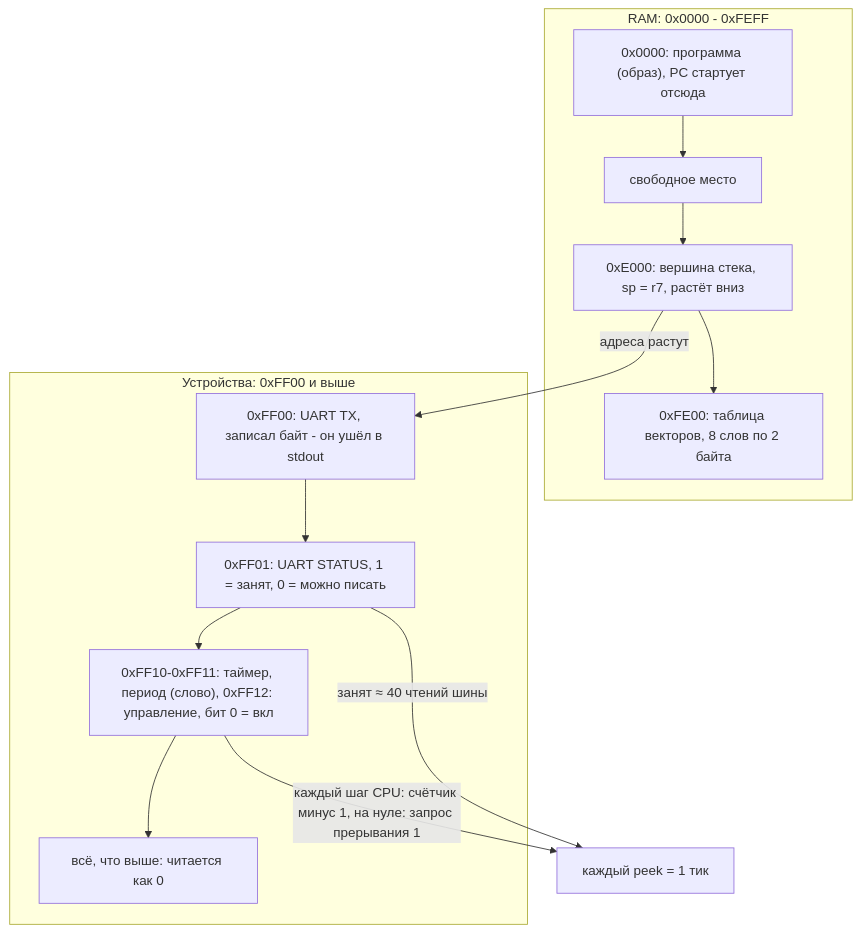
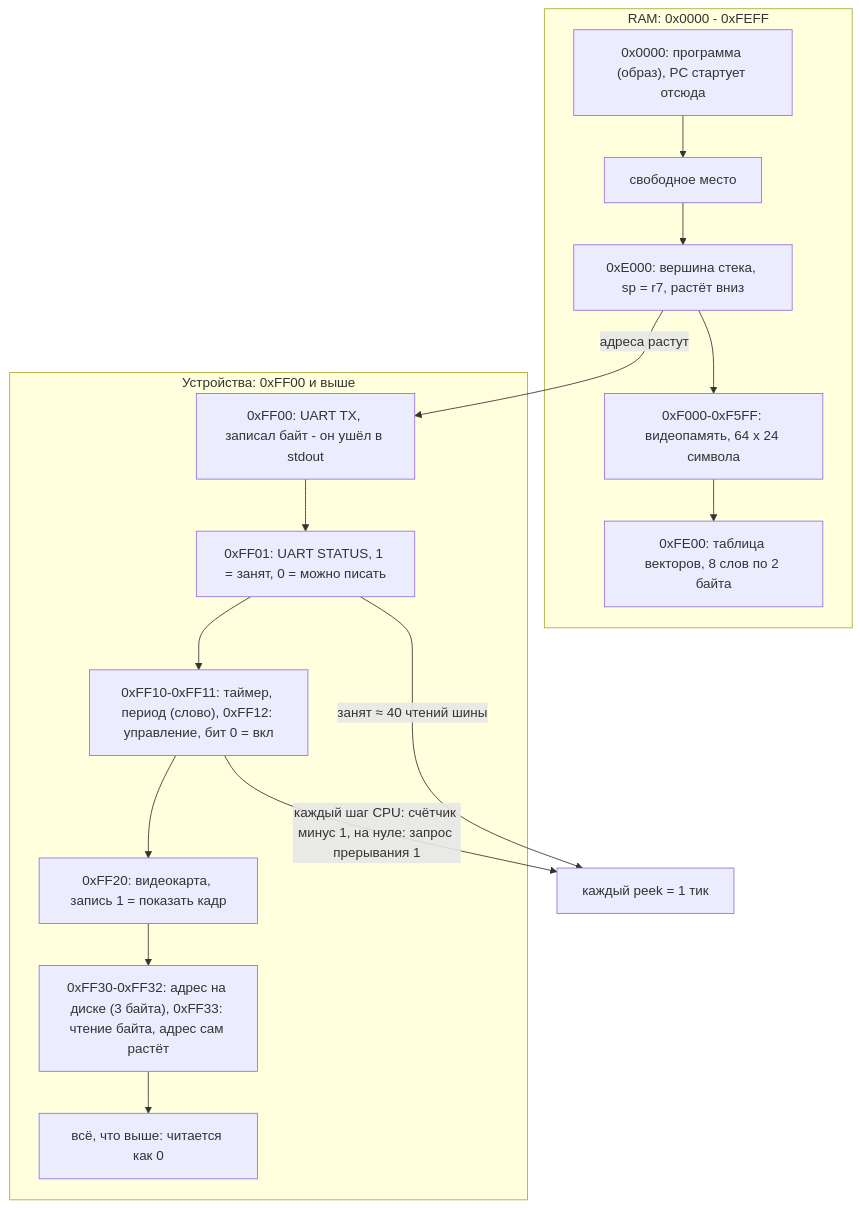
Before and after one commit to loki5512344ss/SummumOS: the fifth of 14 diagrams in чертежи.md, drawn with Mermaid. The commit also changed other lines of this file and 4 other files, not shown here.

````diff
--- a/чертежи.md
+++ b/чертежи.md
@@ -81,22 +81,25 @@
 ```mermaid
 graph TB
     subgraph RAM["RAM: 0x0000 - 0xFEFF"]
         prog["0x0000: программа (образ), PC стартует отсюда"]
         free["свободное место"]
         stack["0xE000: вершина стека, sp = r7, растёт вниз"]
+        vram["0xF000-0xF5FF: видеопамять, 64 x 24 символа"]
         vt["0xFE00: таблица векторов, 8 слов по 2 байта"]
-        prog --> free --> stack --> vt
+        prog --> free --> stack --> vram --> vt
     end
 
     subgraph MMIO["Устройства: 0xFF00 и выше"]
         tx["0xFF00: UART TX, записал байт - он ушёл в stdout"]
         st["0xFF01: UART STATUS, 1 = занят, 0 = можно писать"]
+        vid["0xFF20: видеокарта, запись 1 = показать кадр"]
+        disk["0xFF30-0xFF32: адрес на диске (3 байта), 0xFF33: чтение байта, адрес сам растёт"]
         tm["0xFF10-0xFF11: таймер, период (слово), 0xFF12: управление, бит 0 = вкл"]
         rest["всё, что выше: читается как 0"]
-        tx --> st --> tm --> rest
+        tx --> st --> tm --> vid --> disk --> rest
     end
 
     stack -->|"адреса растут"| tx
     st -->|"занят ≈ 40 чтений шины"| tick["каждый peek = 1 тик"]
     tm -->|"каждый шаг CPU: счётчик минус 1, на нуле: запрос прерывания 1"| tick
 ```
````
